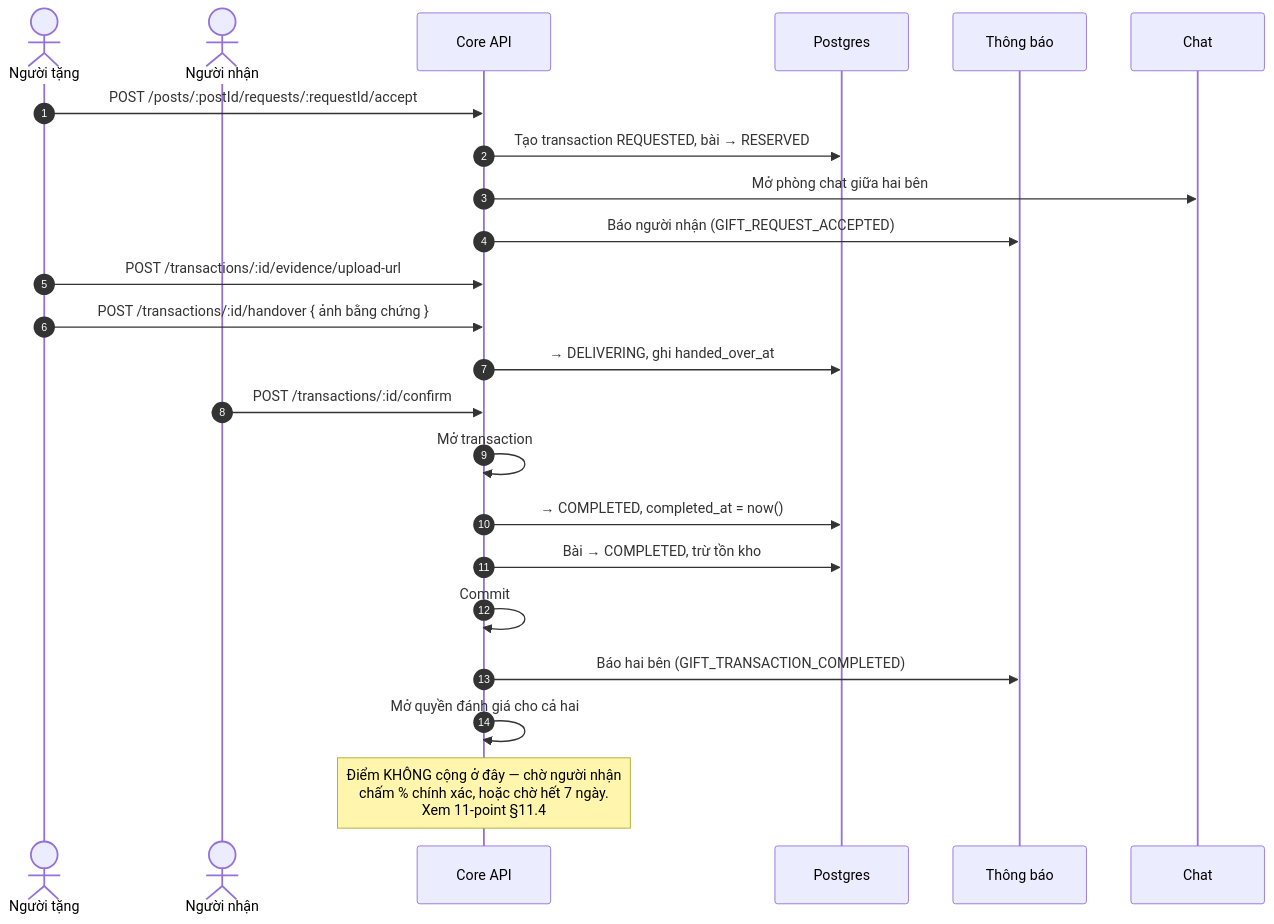
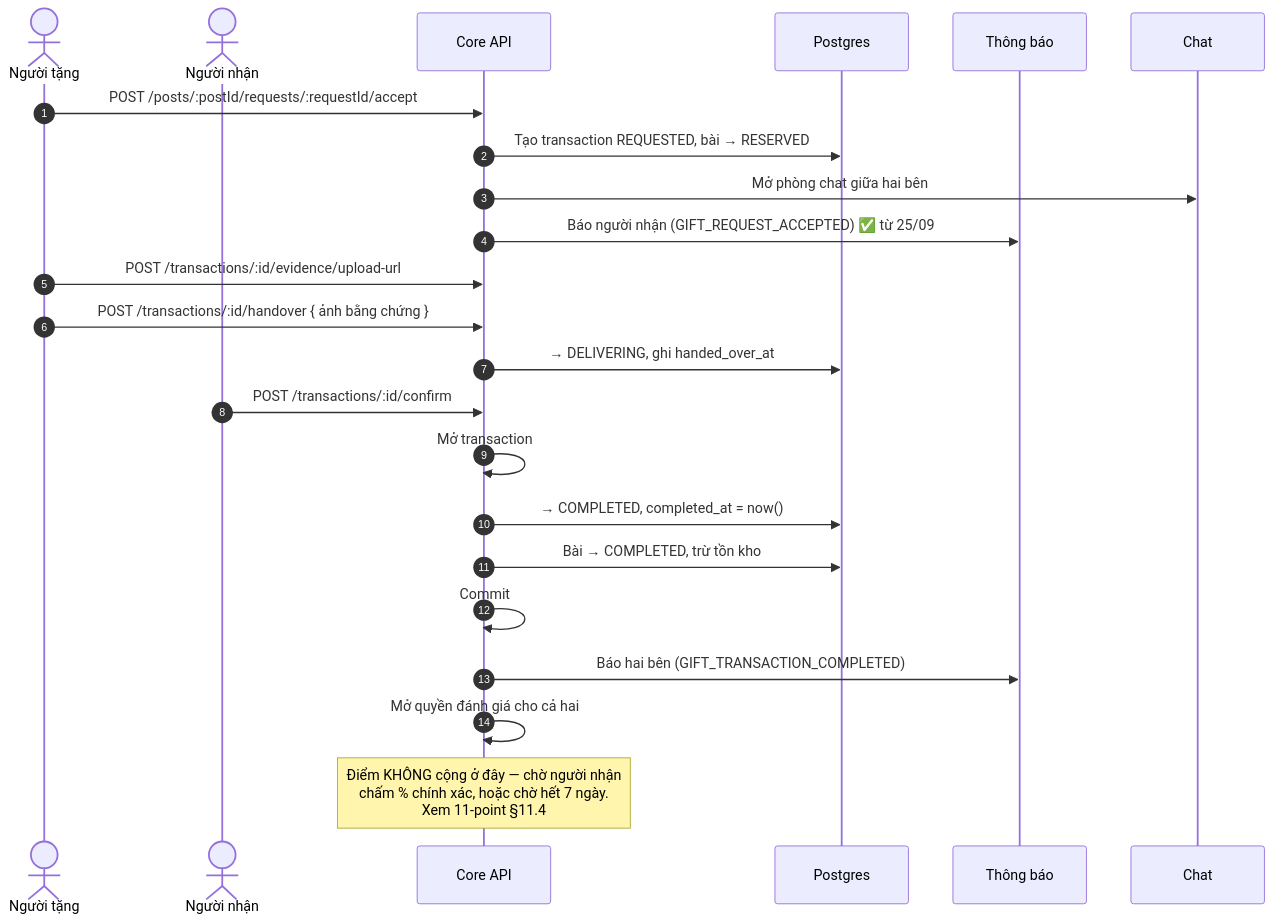
One commit to fdshn/trueheart changed the second of 6 diagrams in docs/diagram/08-transaction.md. Above: the diagram before and after it, drawn with Mermaid. The commit also changed 20 other files, not shown here.

First line of the commit message:
feat(request): báo cho người được chọn, và giới hạn yêu cầu đang mở

````diff
--- a/docs/diagram/08-transaction.md
+++ b/docs/diagram/08-transaction.md
@@ -44,28 +44,28 @@
 ```mermaid
 sequenceDiagram
     autonumber
     actor G as Người tặng
     actor R as Người nhận
     participant API as Core API
     participant DB as Postgres
     participant N as Thông báo
     participant C as Chat
 
     G->>API: POST /posts/:postId/requests/:requestId/accept
     API->>DB: Tạo transaction REQUESTED, bài → RESERVED
     API->>C: Mở phòng chat giữa hai bên
-    API->>N: Báo người nhận (GIFT_REQUEST_ACCEPTED)
+    API->>N: Báo người nhận (GIFT_REQUEST_ACCEPTED) ✅ từ 25/09
 
     G->>API: POST /transactions/:id/evidence/upload-url
     G->>API: POST /transactions/:id/handover { ảnh bằng chứng }
     API->>DB: → DELIVERING, ghi handed_over_at
 
     R->>API: POST /transactions/:id/confirm
     API->>API: Mở transaction
     API->>DB: → COMPLETED, completed_at = now()
     API->>DB: Bài → COMPLETED, trừ tồn kho
     API->>API: Commit
     API->>N: Báo hai bên (GIFT_TRANSACTION_COMPLETED)
     API->>API: Mở quyền đánh giá cho cả hai
     Note over API: Điểm KHÔNG cộng ở đây — chờ người nhận<br/>chấm % chính xác, hoặc chờ hết 7 ngày.<br/>Xem 11-point §11.4
 ```
````
